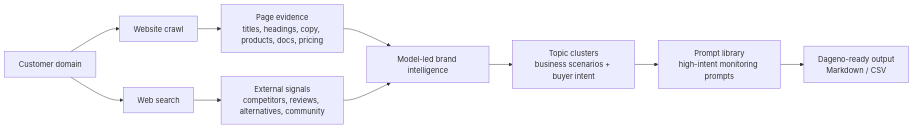
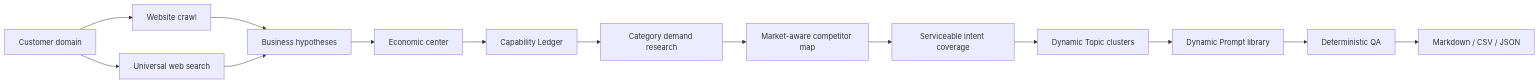
The diagram in README.md (dageno-agents/dageno-online-topic-prompt-generator), drawn with Mermaid before and after one commit. The commit also changed other lines of this file and 17 other files, not shown here.

Commit message:
Upgrade evidence-first Topic Prompt generation

````diff
--- a/README.md
+++ b/README.md
@@ -41,12 +22,16 @@
 ```mermaid
 flowchart LR
   A["Customer domain"] --> B["Website crawl"]
-  B --> C["Page evidence<br/>titles, headings, copy, products, docs, pricing"]
-  A --> D["Web search"]
-  D --> E["External signals<br/>competitors, reviews, alternatives, community"]
-  C --> F["Model-led brand intelligence"]
-  E --> F
-  F --> G["Topic clusters<br/>business scenarios + buyer intent"]
-  G --> H["Prompt library<br/>high-intent monitoring prompts"]
-  H --> I["Dageno-ready output<br/>Markdown / CSV"]
+  A --> C["Universal web search"]
+  B --> D["Business hypotheses"]
+  C --> D
+  D --> E["Economic center"]
+  E --> F["Capability Ledger"]
+  F --> G["Category demand research"]
+  G --> H["Market-aware competitor map"]
+  H --> I["Serviceable intent coverage"]
+  I --> J["Dynamic Topic clusters"]
+  J --> K["Dynamic Prompt library"]
+  K --> L["Deterministic QA"]
+  L --> M["Markdown / CSV / JSON"]
 ```
````
